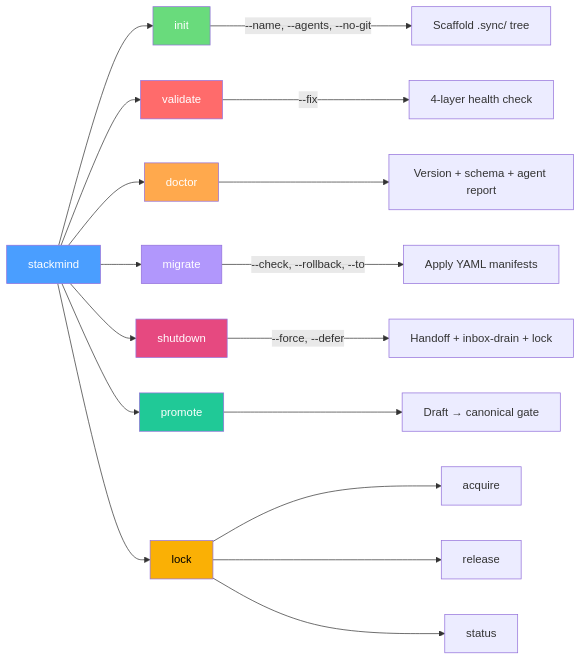
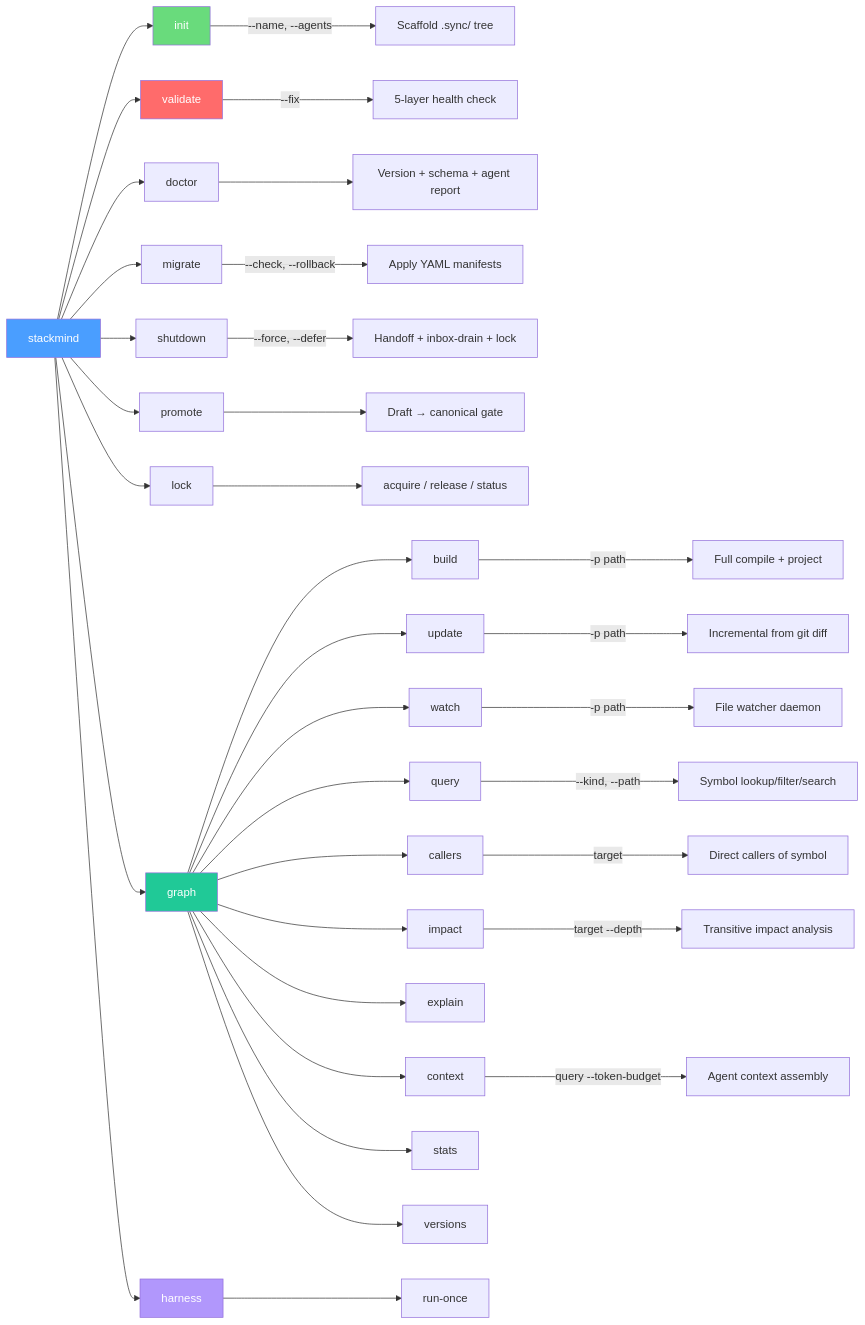
Before and after one commit to Abhishek3670/stackmind: the fourth of 5 diagrams in STACKMIND.md, drawn with Mermaid. The commit also changed other lines of this file and 12 other files, not shown here.

````diff
--- a/STACKMIND.md
+++ b/STACKMIND.md
@@ -103,29 +160,47 @@
 ```mermaid
 graph LR
     SM[stackmind] --> INIT[init]
     SM --> VALIDATE[validate]
     SM --> DOCTOR[doctor]
     SM --> MIGRATE[migrate]
     SM --> SHUTDOWN[shutdown]
     SM --> PROMOTE[promote]
     SM --> LOCKGRP[lock]
+    SM --> GRAPH[graph]
+    SM --> HARNESS[harness]
 
-    INIT -->|"--name, --agents, --no-git"| I1["Scaffold .sync/ tree"]
-    VALIDATE -->|"--fix"| V1["4-layer health check"]
+    INIT -->|"--name, --agents"| I1["Scaffold .sync/ tree"]
+    VALIDATE -->|"--fix"| V1["5-layer health check"]
     DOCTOR --> D1["Version + schema + agent report"]
-    MIGRATE -->|"--check, --rollback, --to"| M1["Apply YAML manifests"]
+    MIGRATE -->|"--check, --rollback"| M1["Apply YAML manifests"]
     SHUTDOWN -->|"--force, --defer"| S1["Handoff + inbox-drain + lock"]
     PROMOTE --> P1["Draft → canonical gate"]
-    LOCKGRP --> LA[acquire]
-    LOCKGRP --> LR[release]
-    LOCKGRP --> LS[status]
+    LOCKGRP --> LA[acquire / release / status]
+
+    GRAPH --> GB[build]
+    GRAPH --> GU[update]
+    GRAPH --> GW[watch]
+    GRAPH --> GQ[query]
+    GRAPH --> GC[callers]
+    GRAPH --> GI[impact]
+    GRAPH --> GE[explain]
+    GRAPH --> GX[context]
+    GRAPH --> GS[stats]
+    GRAPH --> GV[versions]
+
+    HARNESS --> HR[run-once]
+
+    GB -->|"-p path"| GB1["Full compile + project"]
+    GU -->|"-p path"| GU1["Incremental from git diff"]
+    GW -->|"-p path"| GW1["File watcher daemon"]
+    GQ -->|"--kind, --path"| GQ1["Symbol lookup/filter/search"]
+    GC -->|"target"| GC1["Direct callers of symbol"]
+    GI -->|"target --depth"| GI1["Transitive impact analysis"]
+    GX -->|"query --token-budget"| GX1["Agent context assembly"]
 
     style SM fill:#4a9eff,color:#fff
+    style GRAPH fill:#20c997,color:#fff
+    style HARNESS fill:#b197fc,color:#fff
     style INIT fill:#69db7c,color:#fff
     style VALIDATE fill:#ff6b6b,color:#fff
-    style DOCTOR fill:#ffa94d,color:#fff
-    style MIGRATE fill:#b197fc,color:#fff
-    style SHUTDOWN fill:#e64980,color:#fff
-    style PROMOTE fill:#20c997,color:#fff
-    style LOCKGRP fill:#fab005,color:#000
 ```
````
